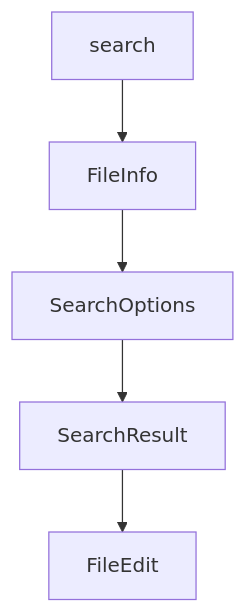
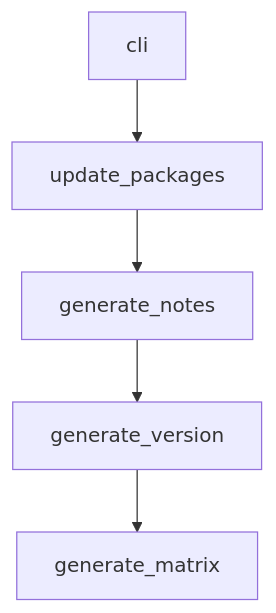
Before and after one commit to johnxie/awesome-code-docs: the diagram in tutorials/mcp-servers-tutorial/06-custom-server-development.md, drawn with Mermaid. The commit also changed other lines of this file and 1232 other files, not shown here.

````diff
--- a/tutorials/mcp-servers-tutorial/06-custom-server-development.md
+++ b/tutorials/mcp-servers-tutorial/06-custom-server-development.md
@@ -291,12 +289,12 @@
 ```mermaid
 flowchart TD
-    A[search]
-    B[FileInfo]
-    C[SearchOptions]
-    D[SearchResult]
-    E[FileEdit]
+    A[cli]
+    B[update_packages]
+    C[generate_notes]
+    D[generate_version]
+    E[generate_matrix]
     A --> B
     B --> C
     C --> D
     D --> E
 ```
````
